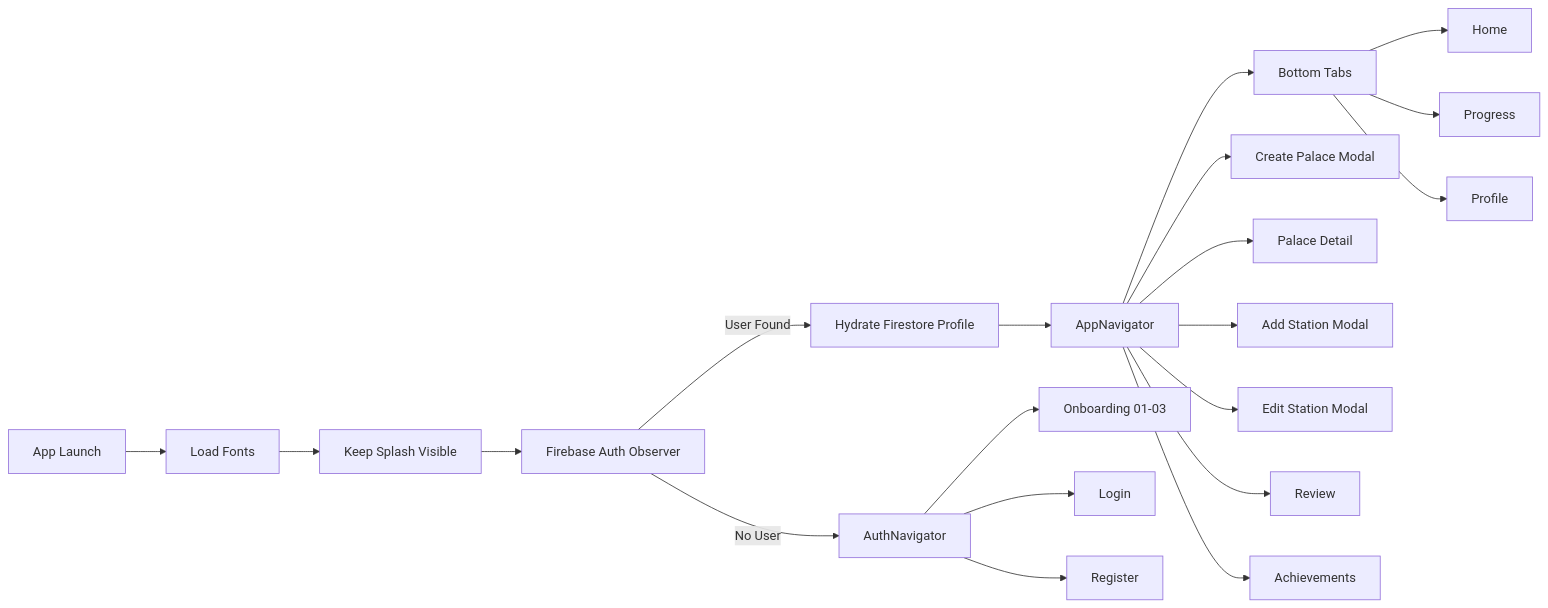
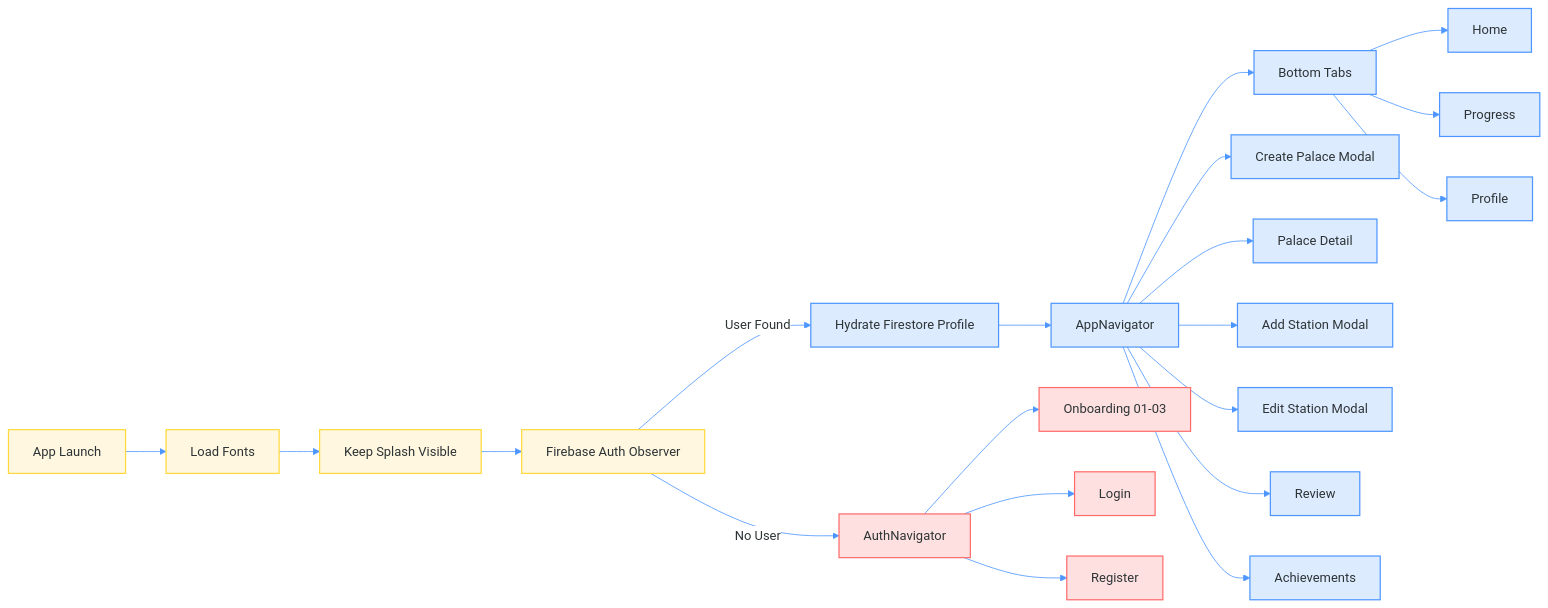
One commit to angelperezcastro/LociLandApp changed the second of 9 diagrams in README.md. Above: the diagram before and after it, drawn with Mermaid. The commit also changed other lines of this file, not shown here.

Commit message:
Updated diagrams (README)

````diff
--- a/README.md
+++ b/README.md
@@ -524,25 +537,34 @@
 ```mermaid
+%%{init: {"theme":"base","themeVariables":{"background":"#FFFFFF","mainBkg":"#FFFFFF","primaryColor":"#FFF7DF","primaryTextColor":"#2D3436","primaryBorderColor":"#FFD93D","lineColor":"#4D96FF","secondaryColor":"#DDEBFF","tertiaryColor":"#DDF8E1","fontFamily":"Nunito, Arial, sans-serif","clusterBkg":"#FFFFFF","clusterBorder":"#E9DFC7","edgeLabelBackground":"#FFFFFF","actorBkg":"#FFF7DF","actorBorder":"#FFD93D","actorTextColor":"#2D3436","activationBkg":"#DDEBFF","activationBorderColor":"#4D96FF","sequenceNumberColor":"#2D3436","noteBkgColor":"#FFF7DF","noteTextColor":"#2D3436","stateBkg":"#FFF7DF","stateBorder":"#FFD93D","stateLabelColor":"#2D3436","labelBoxBkgColor":"#FFFFFF","labelBoxBorderColor":"#E9DFC7","entityBkg":"#FFF7DF","entityBorder":"#FFD93D","relationLabelBackground":"#FFFFFF"}}}%%
 flowchart LR
     Start[App Launch] --> Fonts[Load Fonts]
     Fonts --> Splash[Keep Splash Visible]
     Splash --> AuthObserver[Firebase Auth Observer]
     AuthObserver -->|No User| AuthNavigator
     AuthObserver -->|User Found| HydrateProfile[Hydrate Firestore Profile]
     HydrateProfile --> AppNavigator
 
     AuthNavigator --> Onboarding[Onboarding 01-03]
     AuthNavigator --> Login[Login]
     AuthNavigator --> Register[Register]
 
     AppNavigator --> Tabs[Bottom Tabs]
     Tabs --> Home[Home]
     Tabs --> Progress[Progress]
     Tabs --> Profile[Profile]
 
     AppNavigator --> CreatePalace[Create Palace Modal]
     AppNavigator --> PalaceDetail[Palace Detail]
     AppNavigator --> AddStation[Add Station Modal]
     AppNavigator --> EditStation[Edit Station Modal]
     AppNavigator --> Review[Review]
     AppNavigator --> Achievements[Achievements]
+
+    classDef boot fill:#FFF7DF,stroke:#FFD93D,stroke-width:1.5px,color:#2D3436
+    classDef auth fill:#FFE0E0,stroke:#FF6B6B,stroke-width:1.5px,color:#2D3436
+    classDef app fill:#DDEBFF,stroke:#4D96FF,stroke-width:1.5px,color:#2D3436
+
+    class Start,Fonts,Splash,AuthObserver boot
+    class AuthNavigator,Onboarding,Login,Register auth
+    class HydrateProfile,AppNavigator,Tabs,Home,Progress,Profile,CreatePalace,PalaceDetail,AddStation,EditStation,Review,Achievements app
 ```
````
